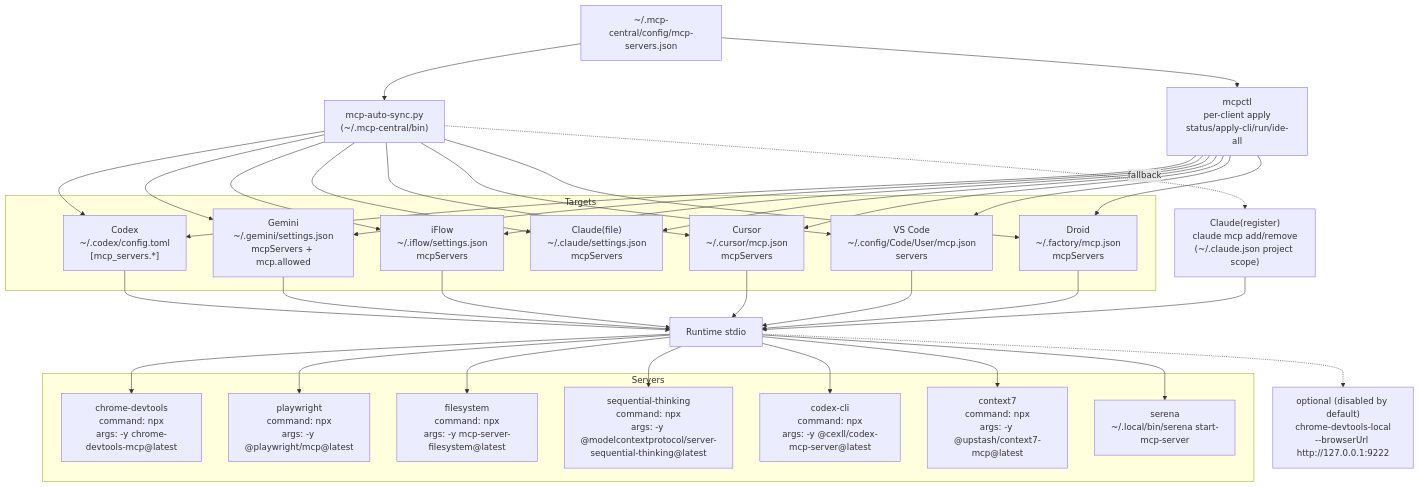
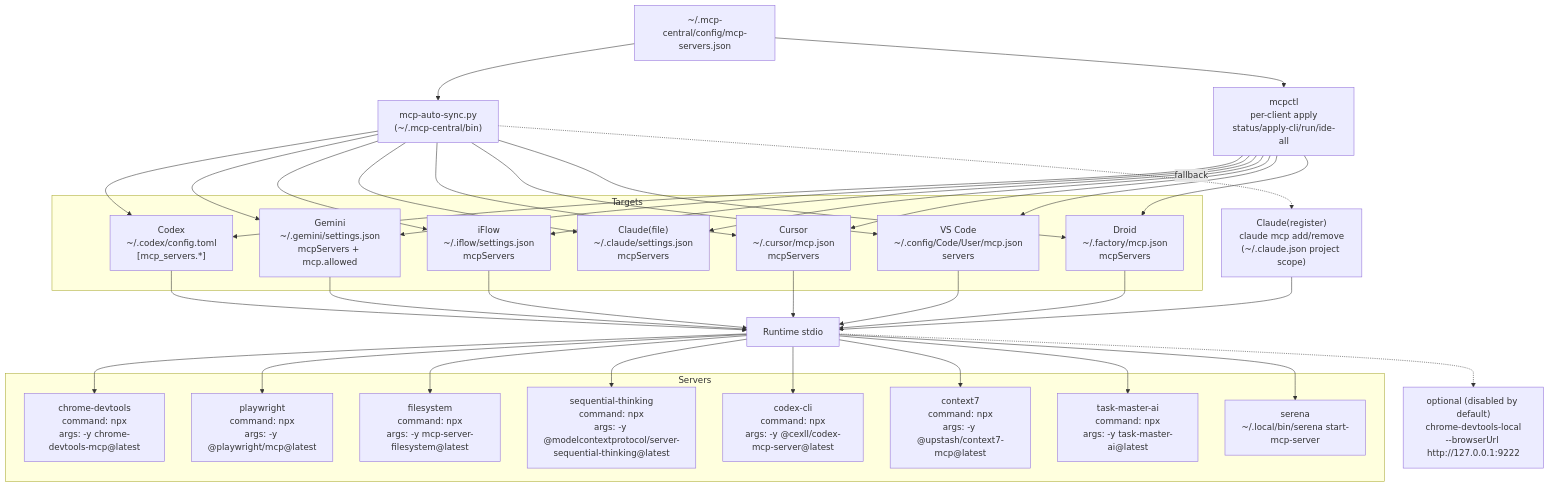
Before and after one commit to czdtech/mcp-local-manager: the diagram in docs/mcp-architecture.mmd, drawn with Mermaid. The commit also changed 7 other files, not shown here.

Commit message:
feat(task-master-ai): 样例与安装清单加入 task-master-ai；文档强调按需最小化配置\n\n- sample/install: 新增 task-master-ai (npx @latest)\n- README/QUICKSTART/mcpctl: 建议 CLI 裸奔、IDE 按需（如 task-master-ai+context7）\n- 架构图补充 task-master-ai 并重新渲染 PNG\n

```diff
--- a/docs/mcp-architecture.mmd
+++ b/docs/mcp-architecture.mmd
@@ -1,61 +1,63 @@
 flowchart TD
   CENTRAL["~/.mcp-central/config/mcp-servers.json"] --> SYNC["mcp-auto-sync.py<br/>(~/.mcp-central/bin)"]
   CENTRAL --> MCPCTL["mcpctl<br/>per-client apply<br/>status/apply-cli/run/ide-all"]
 
   subgraph Targets
     CODEX["Codex<br/>~/.codex/config.toml<br/>[mcp_servers.*]"]
     GEMINI["Gemini<br/>~/.gemini/settings.json<br/>mcpServers + mcp.allowed"]
     IFLOW["iFlow<br/>~/.iflow/settings.json<br/>mcpServers"]
     CLAUDE_FILE["Claude(file)<br/>~/.claude/settings.json<br/>mcpServers"]
     CURSOR["Cursor<br/>~/.cursor/mcp.json<br/>mcpServers"]
     VSCODE["VS Code<br/>~/.config/Code/User/mcp.json<br/>servers"]
     DROID["Droid<br/>~/.factory/mcp.json<br/>mcpServers"]
   end
 
   SYNC --> CODEX
   SYNC --> GEMINI
   SYNC --> IFLOW
   SYNC --> CLAUDE_FILE
   SYNC --> CURSOR
   SYNC --> VSCODE
   SYNC --> DROID
   MCPCTL --> CODEX
   MCPCTL --> GEMINI
   MCPCTL --> IFLOW
   MCPCTL --> CLAUDE_FILE
   MCPCTL --> CURSOR
   MCPCTL --> VSCODE
   MCPCTL --> DROID
 
   CLAUDE_REG["Claude(register)<br/>claude mcp add/remove<br/>(~/.claude.json project scope)"]
   SYNC -. fallback .-> CLAUDE_REG
 
   RUNTIME[Runtime stdio]
   CODEX --> RUNTIME
   GEMINI --> RUNTIME
   IFLOW --> RUNTIME
   CLAUDE_REG --> RUNTIME
   CURSOR --> RUNTIME
   VSCODE --> RUNTIME
   DROID --> RUNTIME
 
   subgraph Servers
     CDT["chrome-devtools<br/>command: npx<br/>args: -y chrome-devtools-mcp@latest"]
     PW["playwright<br/>command: npx<br/>args: -y @playwright/mcp@latest"]
     FS["filesystem<br/>command: npx<br/>args: -y mcp-server-filesystem@latest"]
     ST["sequential-thinking<br/>command: npx<br/>args: -y @modelcontextprotocol/server-sequential-thinking@latest"]
     CMC["codex-cli<br/>command: npx<br/>args: -y @cexll/codex-mcp-server@latest"]
     CTX7["context7<br/>command: npx<br/>args: -y @upstash/context7-mcp@latest"]
+    TMA["task-master-ai<br/>command: npx<br/>args: -y task-master-ai@latest"]
     SERENA["serena<br/>~/.local/bin/serena start-mcp-server"]
   end
 
   RUNTIME --> CDT
   RUNTIME --> PW
   RUNTIME --> FS
   RUNTIME --> ST
   RUNTIME --> CMC
   RUNTIME --> CTX7
+  RUNTIME --> TMA
   RUNTIME --> SERENA
 
   CDT_LOCAL["optional (disabled by default)<br/>chrome-devtools-local<br/>--browserUrl http://127.0.0.1:9222"]
   RUNTIME -.-> CDT_LOCAL
```
